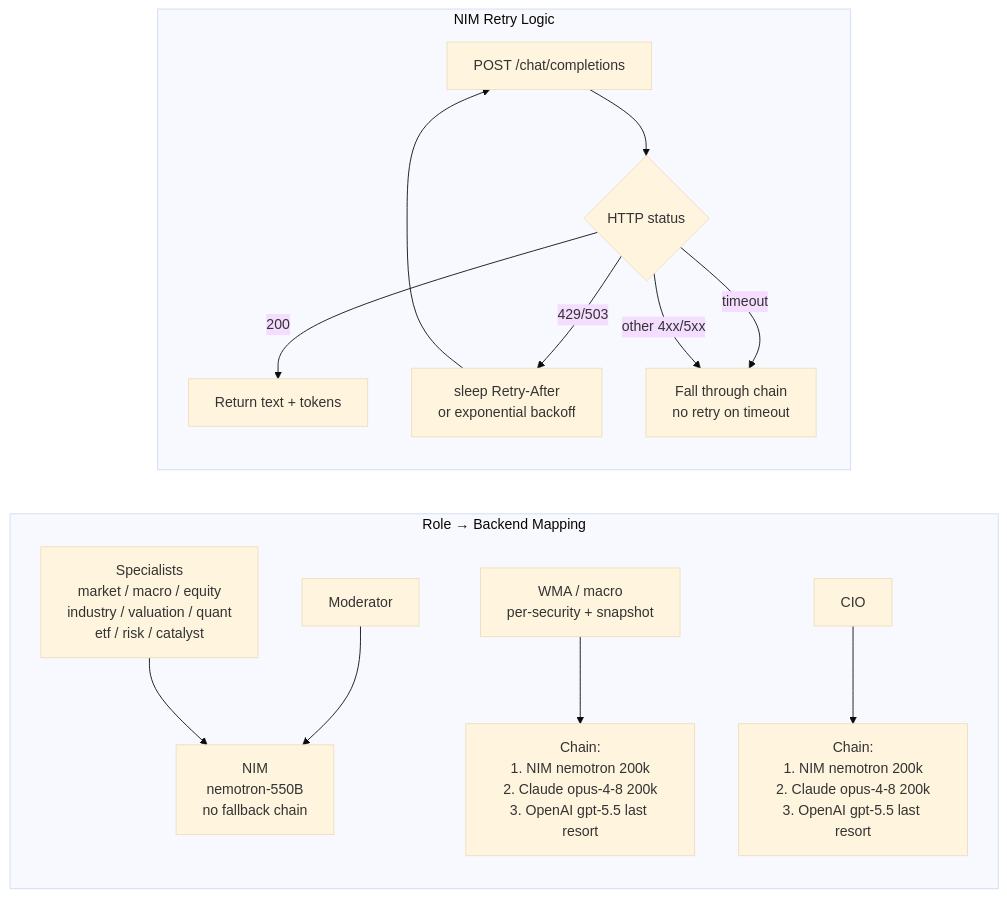
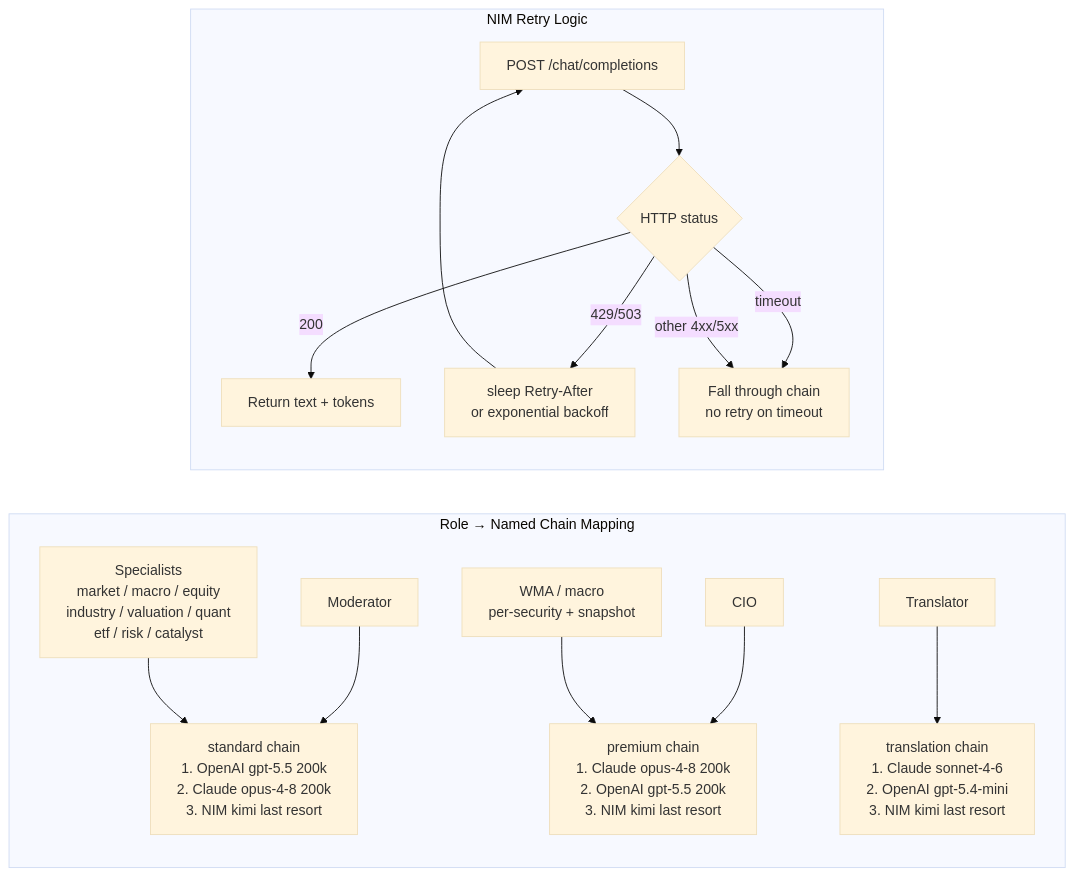
The third of 5 diagrams in docs/committee-wma-architecture.md (cloudaipro/CIOAgent), drawn with Mermaid (base theme) before and after one commit. The commit also changed other lines of this file and 2 other files, not shown here.

Commit message:
docs: update README + technical reports for named fallback-chain mechanism
All agents (specialists, moderator, cio, wma, translator) now use named
chain settings. Retire outdated "only CIO uses a chain" language across
README, TECHNICAL_REPORT, and committee-wma-architecture:

- README: intro, architecture block, model-services §, wma model-chain §,
  OPENAI_API_KEY note, dashboard Configure §
- TECHNICAL_REPORT: intro, mermaid label, §6.3 service routing, §6.4 renamed
  to "Named fallback chains (all agents)" with per-chain table, §7.3 wma chain,
  env-var table (OPENAI_API_KEY, CIO_MODELS_CONFIG), verification test count
  791 + new named-chain test coverage
- committee-wma-architecture: design-philosophy model strategy paragraph,
  LLM Backend mermaid diagram (standard/premium/translation chains for all roles)
- All 32 mermaid diagrams validate clean

````diff
--- a/docs/committee-wma-architecture.md
+++ b/docs/committee-wma-architecture.md
@@ -272,21 +275,25 @@
 ```mermaid
 flowchart LR
-    subgraph Roles["Role → Backend Mapping"]
-        SPEC_ROLES[Specialists\nmarket / macro / equity\nindustry / valuation / quant\netf / risk / catalyst] --> NIM_ONLY[NIM\nnemotron-550B\nno fallback chain]
-        MOD_ROLE[Moderator] --> NIM_ONLY
-        WMA_ROLE[WMA / macro\nper-security + snapshot] --> WMA_CHAIN
+    subgraph Roles["Role → Named Chain Mapping"]
+        SPEC_ROLES["Specialists\nmarket / macro / equity\nindustry / valuation / quant\netf / risk / catalyst"] --> STD_CHAIN
+        MOD_ROLE["Moderator"] --> STD_CHAIN
 
-        WMA_CHAIN[Chain:\n1. NIM nemotron 200k\n2. Claude opus-4-8 200k\n3. OpenAI gpt-5.5 last resort]
+        STD_CHAIN["standard chain\n1. OpenAI gpt-5.5 200k\n2. Claude opus-4-8 200k\n3. NIM kimi last resort"]
 
-        CIO_ROLE[CIO] --> CIO_CHAIN[Chain:\n1. NIM nemotron 200k\n2. Claude opus-4-8 200k\n3. OpenAI gpt-5.5 last resort]
+        WMA_ROLE["WMA / macro\nper-security + snapshot"] --> PREM_CHAIN
+        CIO_ROLE["CIO"] --> PREM_CHAIN
+
+        PREM_CHAIN["premium chain\n1. Claude opus-4-8 200k\n2. OpenAI gpt-5.5 200k\n3. NIM kimi last resort"]
+
+        TRANS_ROLE["Translator"] --> TRANS_CHAIN["translation chain\n1. Claude sonnet-4-6\n2. OpenAI gpt-5.4-mini\n3. NIM kimi last resort"]
     end
 
     subgraph Retry["NIM Retry Logic"]
-        NIM_POST[POST /chat/completions] --> HTTP_CODE{HTTP status}
-        HTTP_CODE -- 200 --> SUCCESS[Return text + tokens]
-        HTTP_CODE -- 429/503 --> WAIT[sleep Retry-After\nor exponential backoff]
+        NIM_POST["POST /chat/completions"] --> HTTP_CODE{HTTP status}
+        HTTP_CODE -- 200 --> SUCCESS["Return text + tokens"]
+        HTTP_CODE -- "429/503" --> WAIT["sleep Retry-After\nor exponential backoff"]
         WAIT --> NIM_POST
-        HTTP_CODE -- timeout --> FALL[Fall through chain\nno retry on timeout]
-        HTTP_CODE -- other 4xx/5xx --> FALL
+        HTTP_CODE -- timeout --> FALL["Fall through chain\nno retry on timeout"]
+        HTTP_CODE -- "other 4xx/5xx" --> FALL
     end
 ```
````
